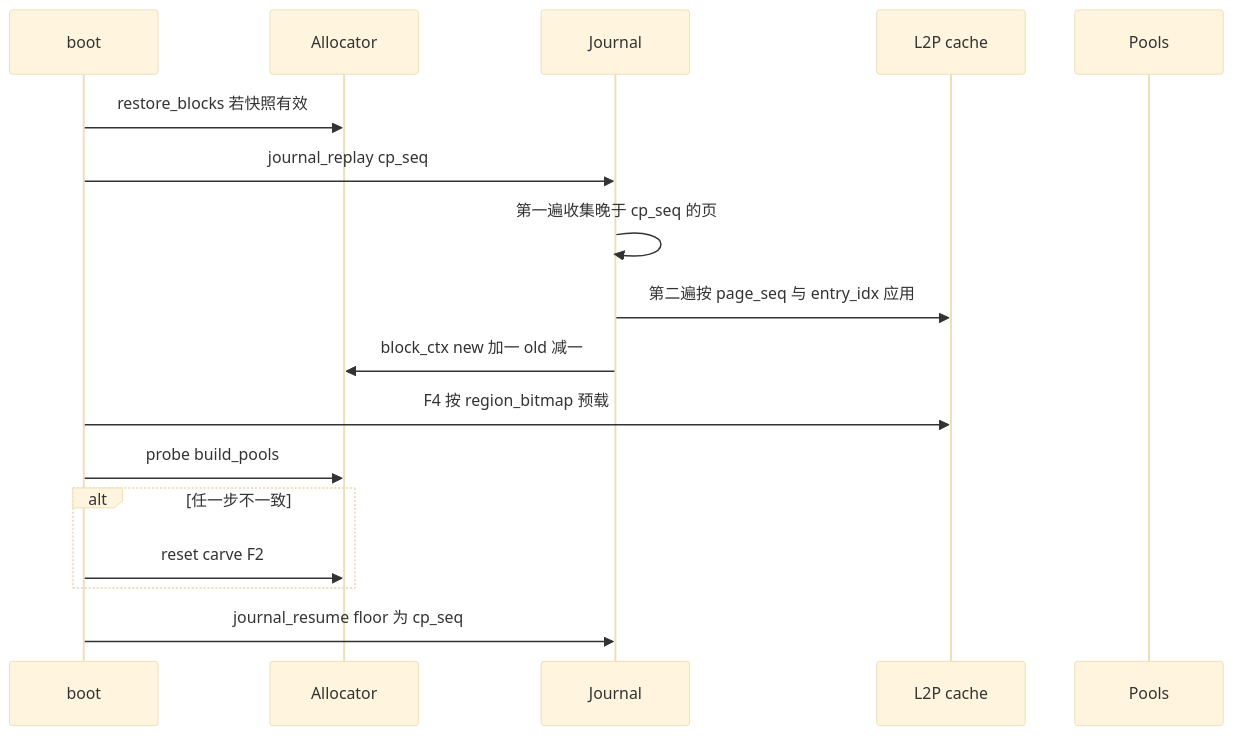
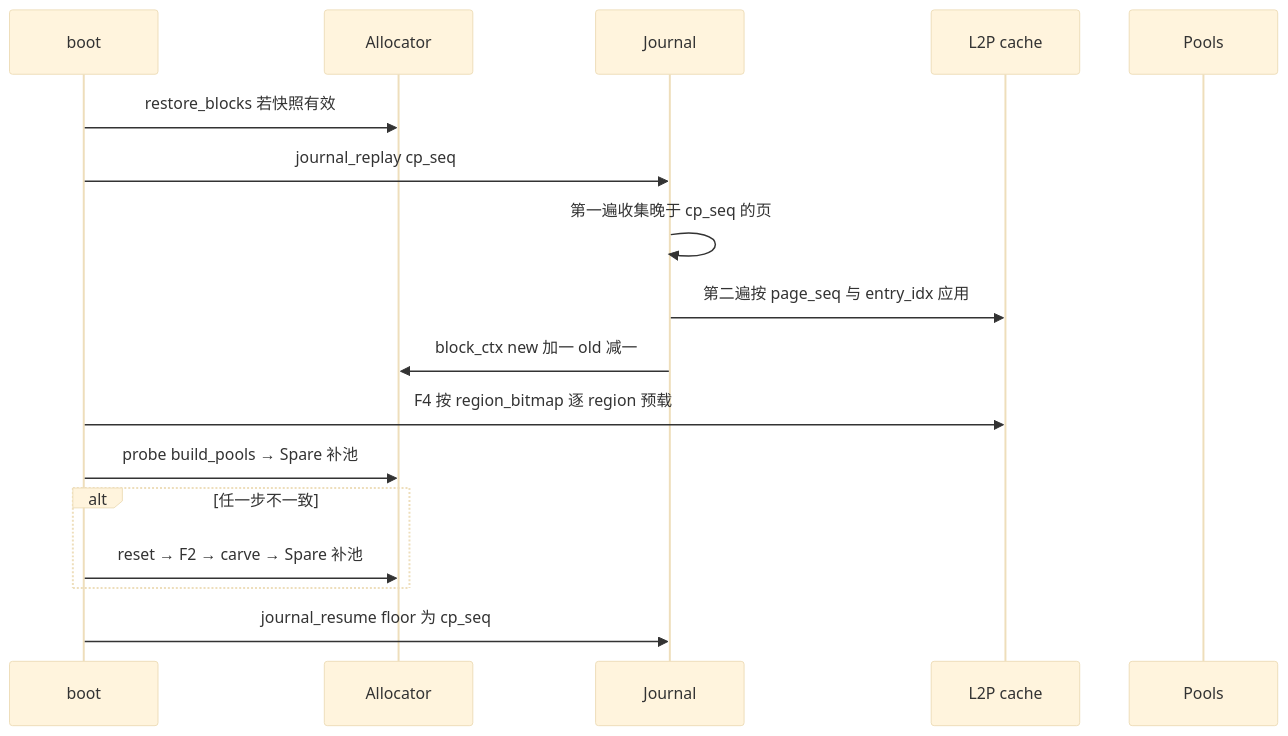
Before and after one commit to YzYMIAO/BASESSD: diagram 25 of 32 in docs/design/ftl_design.md, drawn with Mermaid (base theme). The commit also changed other lines of this file and 17 other files, not shown here.

````diff
--- a/docs/design/ftl_design.md
+++ b/docs/design/ftl_design.md
@@ -3420,20 +3453,20 @@
 ```mermaid
 sequenceDiagram
     participant B as boot
     participant A as Allocator
     participant J as Journal
     participant L as L2P cache
     participant P as Pools
 
     B->>A: restore_blocks 若快照有效
     B->>J: journal_replay cp_seq
     J->>J: 第一遍收集晚于 cp_seq 的页
     J->>L: 第二遍按 page_seq 与 entry_idx 应用
     J->>A: block_ctx new 加一 old 减一
-    B->>L: F4 按 region_bitmap 预载
-    B->>A: probe build_pools
+    B->>L: F4 按 region_bitmap 逐 region 预载
+    B->>A: probe build_pools → Spare 补池
     alt 任一步不一致
-        B->>A: reset carve F2
+        B->>A: reset → F2 → carve → Spare 补池
     end
     B->>J: journal_resume floor 为 cp_seq
 ```
````
